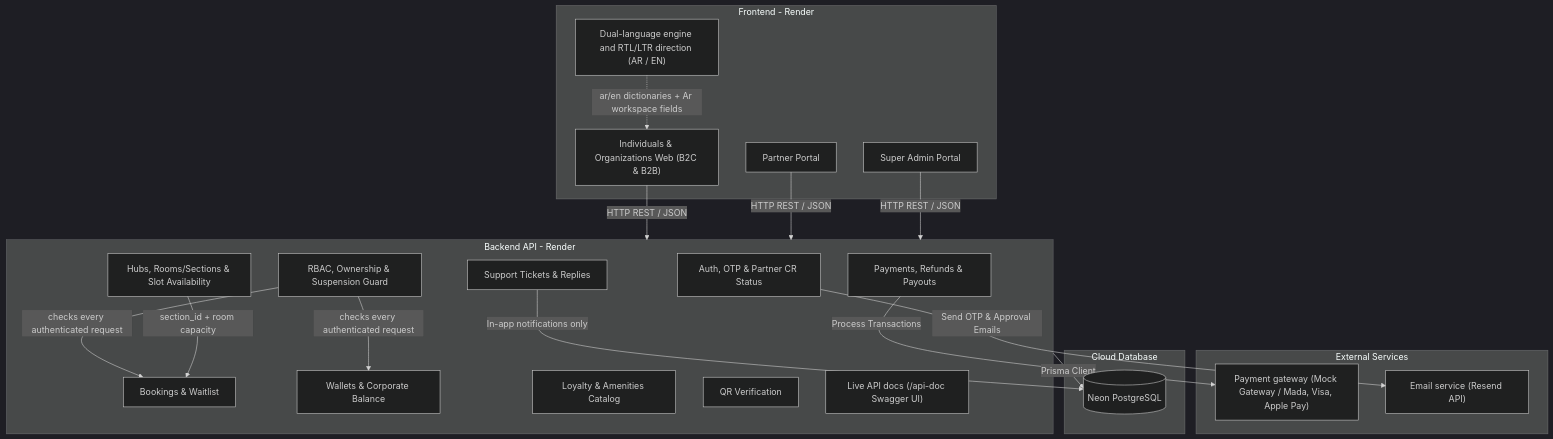
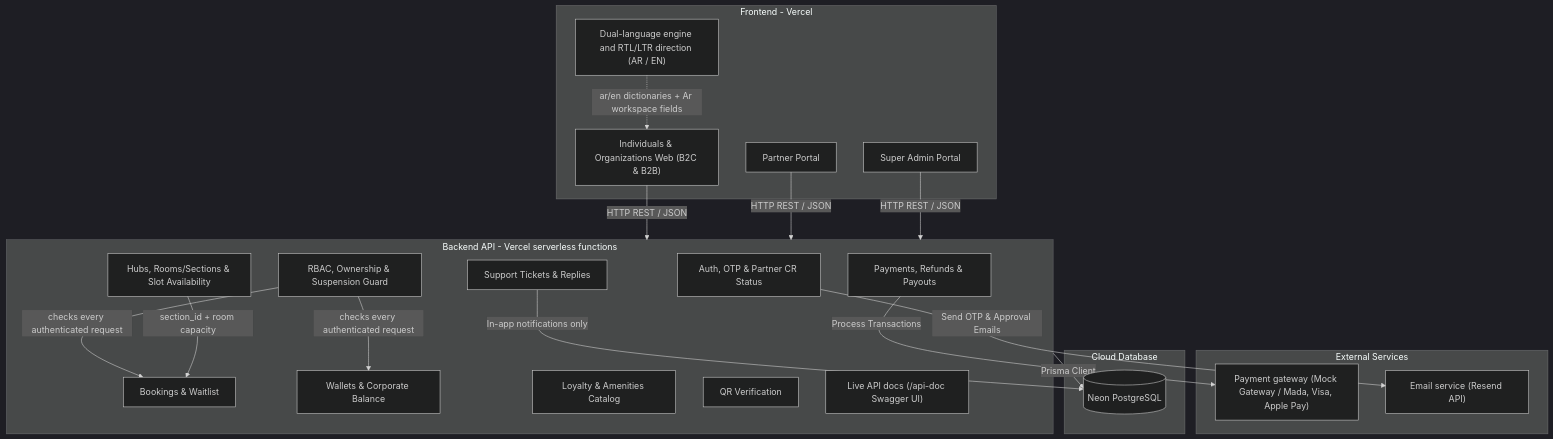
The diagram in docs/System_Architecture.md (Coworking-Pass-Team/Coworking_pass), drawn with Mermaid (dark theme) before and after one commit. The commit also changed other lines of this file and 22 other files, not shown here.

````diff
--- a/docs/System_Architecture.md
+++ b/docs/System_Architecture.md
@@ -20,51 +20,51 @@
 ```mermaid
 graph TD
     %% User Interfaces
-    subgraph Frontend [Frontend - Render]
+    subgraph Frontend [Frontend - Vercel]
         UI_User["Individuals & Organizations Web (B2C & B2B)"]
         UI_Partner["Partner Portal"]
         UI_Admin["Super Admin Portal"]
         UI_I18n["Dual-language engine and RTL/LTR direction (AR / EN)"]
     end
 
     %% Backend Services
-    subgraph Backend [Backend API - Render]
+    subgraph Backend [Backend API - Vercel serverless functions]
         API_Auth["Auth, OTP & Partner CR Status"]
         API_Booking["Bookings & Waitlist"]
         API_Wallet["Wallets & Corporate Balance"]
         API_Billing["Payments, Refunds & Payouts"]
         API_Tickets["Support Tickets & Replies"]
         API_Loyalty["Loyalty & Amenities Catalog"]
         API_Hub["Hubs, Rooms/Sections & Slot Availability"]
         API_Guard["RBAC, Ownership & Suspension Guard"]
         API_QR["QR Verification"]
         API_Docs["Live API docs (/api-doc Swagger UI)"]
     end
 
     %% External Services
     subgraph Third_Party [External Services]
         Ext_Payment["Payment gateway (Mock Gateway / Mada, Visa, Apple Pay)"]
         Ext_Email["Email service (Resend API)"]
     end
 
     %% Database
     subgraph Database [Cloud Database]
         DB[("Neon PostgreSQL")]
     end
 
     %% Connections
     UI_User -->|HTTP REST / JSON| Backend
     UI_Partner -->|HTTP REST / JSON| Backend
     UI_Admin -->|HTTP REST / JSON| Backend
 
     UI_I18n -.->|ar/en dictionaries + Ar workspace fields| UI_User
     API_Guard -->|checks every authenticated request| API_Booking
     API_Guard -->|checks every authenticated request| API_Wallet
     API_Hub -->|section_id + room capacity| API_Booking
 
     Backend -->|Prisma Client| DB
 
     API_Billing -->|Process Transactions| Ext_Payment
     API_Auth -->|Send OTP & Approval Emails| Ext_Email
     API_Tickets -->|In-app notifications only| DB
 ```
````
